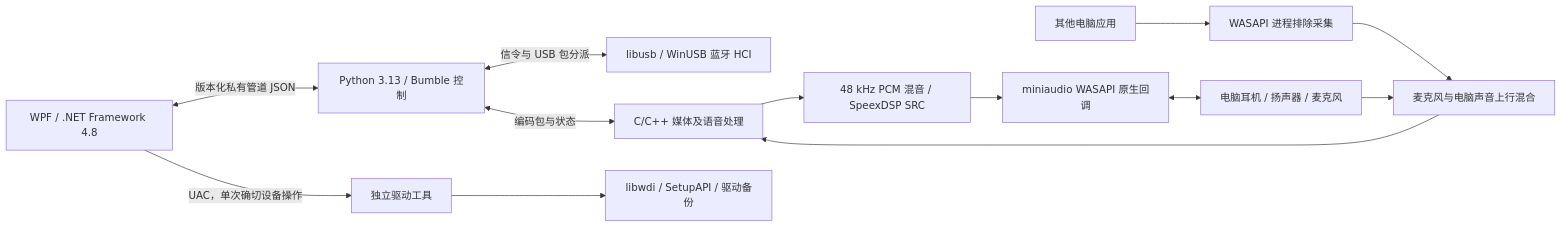
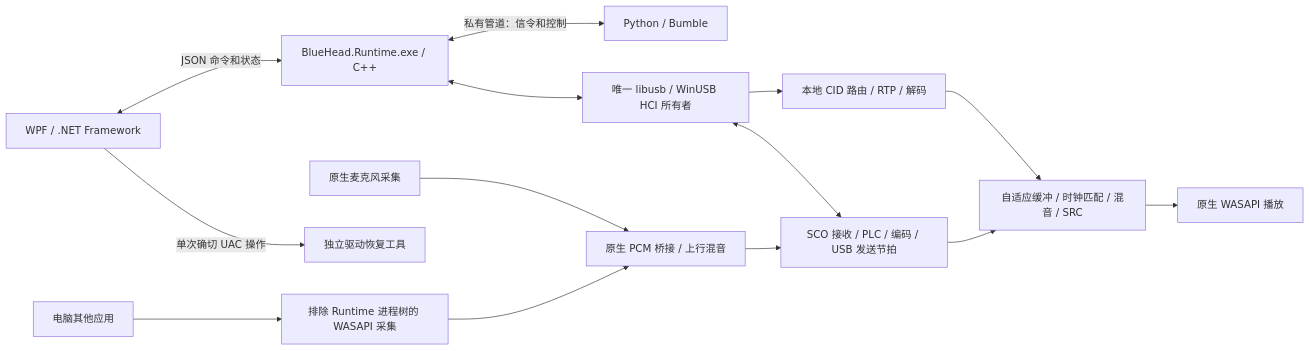
Before and after one commit to tingol666/BlueHead: the diagram in docs/ARCHITECTURE.md, drawn with Mermaid. The commit also changed other lines of this file and 60 other files, not shown here.

Commit message:
Move continuous Bluetooth audio to native runtime for 2.0.1

````diff
--- a/docs/ARCHITECTURE.md
+++ b/docs/ARCHITECTURE.md
@@ -7,15 +7,16 @@
 ```mermaid
 flowchart LR
-  UI[WPF / .NET Framework 4.8] <-->|版本化私有管道 JSON| Control[Python 3.13 / Bumble 控制]
-  Control <-->|信令与 USB 包分派| USB[libusb / WinUSB 蓝牙 HCI]
-  Control <-->|编码包与状态| Native[C/C++ 媒体及语音处理]
-  Native --> Mix[48 kHz PCM 混音 / SpeexDSP SRC]
-  Mix --> Device[miniaudio WASAPI 原生回调]
-  Device <--> IO[电脑耳机 / 扬声器 / 麦克风]
-  Apps[其他电脑应用] --> Exclude[WASAPI 进程排除采集]
-  Exclude --> Voice[麦克风与电脑声音上行混合]
-  IO --> Voice
-  Voice --> Native
-  UI -->|UAC，单次确切设备操作| Helper[独立驱动工具]
-  Helper --> Setup[libwdi / SetupAPI / 驱动备份]
+  UI[WPF / .NET Framework] <-->|JSON 命令和状态| RT[BlueHead.Runtime.exe / C++]
+  RT <-->|私有管道：信令和控制| Control[Python / Bumble]
+  RT <--> USB[唯一 libusb / WinUSB HCI 所有者]
+  USB --> Media[本地 CID 路由 / RTP / 解码]
+  USB <--> Voice[SCO 接收 / PLC / 编码 / USB 发送节拍]
+  Media --> Mix[自适应缓冲 / 时钟匹配 / 混音 / SRC]
+  Voice --> Mix
+  Mix --> Output[原生 WASAPI 播放]
+  Capture[原生麦克风采集] --> Bridge[原生 PCM 桥接 / 上行混音]
+  Other[电脑其他应用] --> Exclude[排除 Runtime 进程树的 WASAPI 采集]
+  Exclude --> Bridge
+  Bridge --> Voice
+  UI -->|单次确切 UAC 操作| Helper[独立驱动恢复工具]
 ```
````
